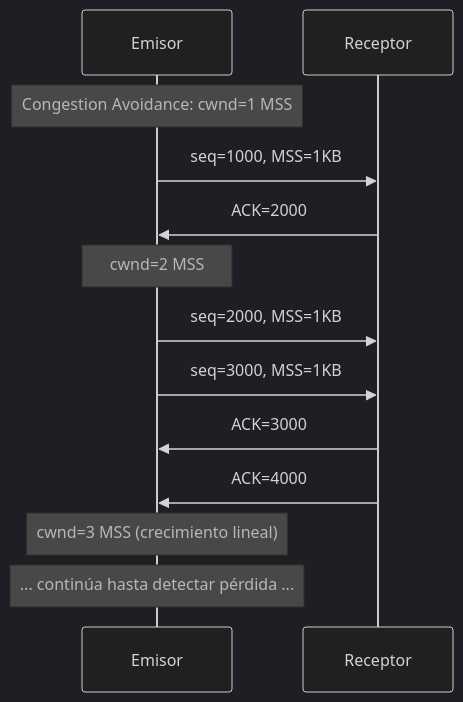
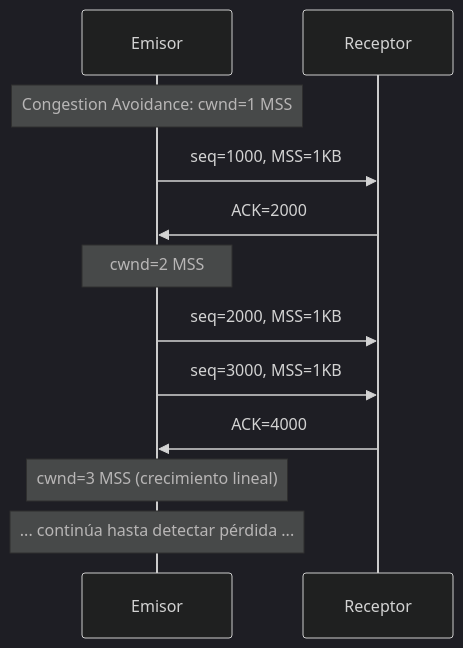
Before and after one commit to rrunix/jer_slides: diagram 12 of 14 in ch1_p4_transport.qmd, drawn with Mermaid (dark theme). The commit also changed other lines of this file and 15 other files, not shown here.

````diff
--- a/ch1_p4_transport.qmd
+++ b/ch1_p4_transport.qmd
@@ -413,21 +527,20 @@
 ```{mermaid}
 %%| fig-height: 4
 sequenceDiagram
     participant E as Emisor
     participant R as Receptor
     
     Note over E: Congestion Avoidance: cwnd=1 MSS
 
     E->>R: seq=1000, MSS=1KB
     R->>E: ACK=2000
 
     Note over E: cwnd=2 MSS
 
     E->>R: seq=2000, MSS=1KB
     E->>R: seq=3000, MSS=1KB
-    R->>E: ACK=3000
     R->>E: ACK=4000
 
     Note over E: cwnd=3 MSS (crecimiento lineal)
     Note over E: ... continúa hasta detectar pérdida ...
 ```
````
